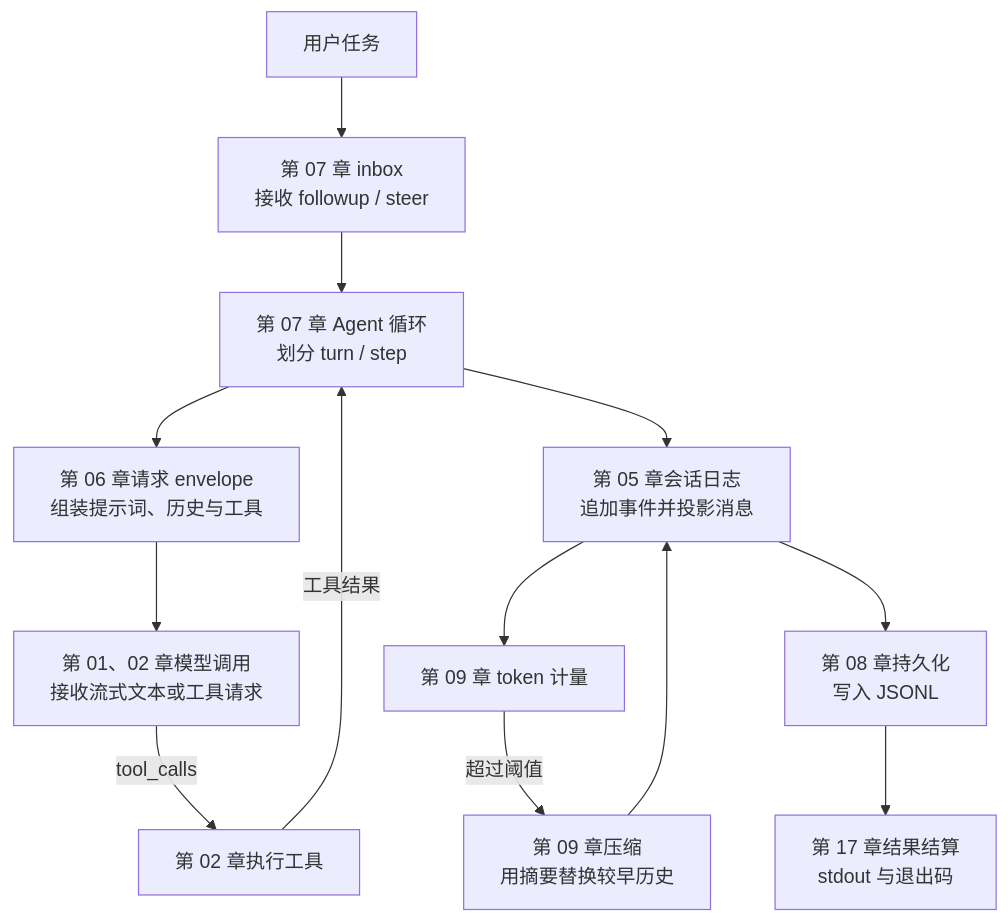
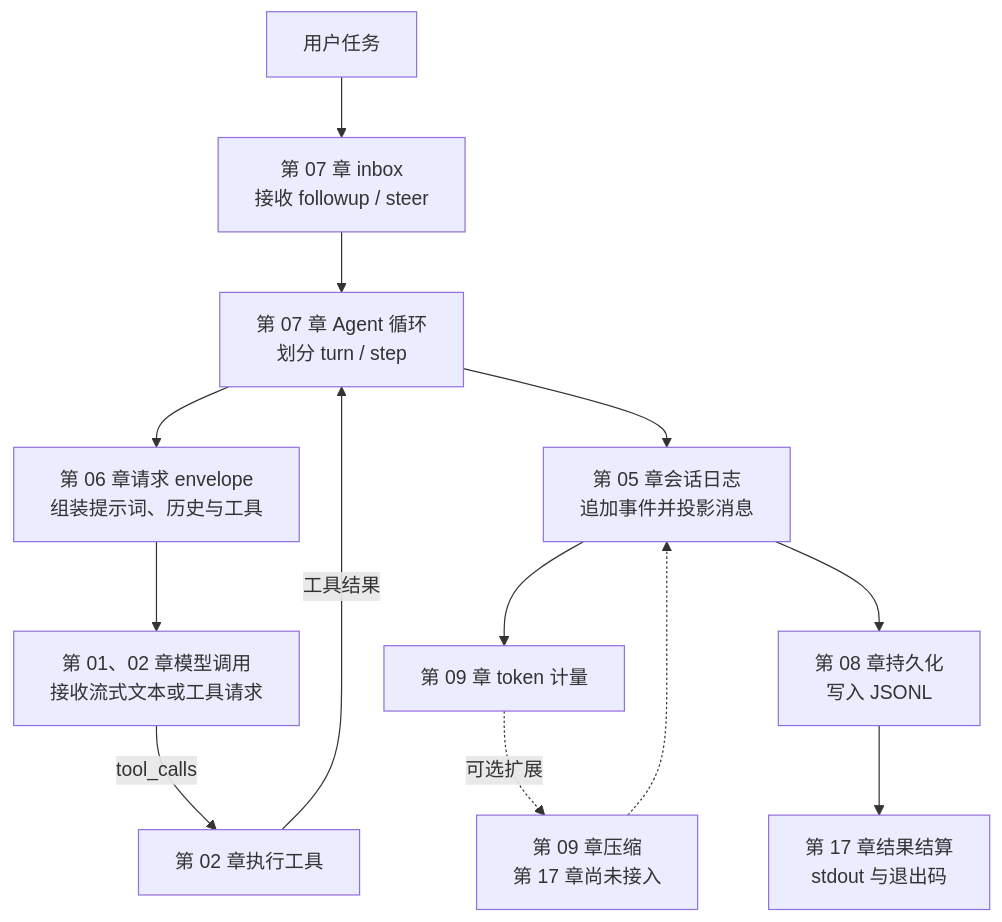
The diagram in README.md (warmsum/mini-harness), drawn with Mermaid before and after one commit. The commit also changed other lines of this file and 74 other files, not shown here.

````diff
--- a/README.md
+++ b/README.md
@@ -135,15 +135,15 @@
 ```mermaid
 flowchart TB
     TASK[用户任务] --> INBOX[第 07 章 inbox<br>接收 followup / steer]
     INBOX --> LOOP[第 07 章 Agent 循环<br>划分 turn / step]
     LOOP --> ENV[第 06 章请求 envelope<br>组装提示词、历史与工具]
     ENV --> CALL[第 01、02 章模型调用<br>接收流式文本或工具请求]
     CALL -->|tool_calls| TOOLS[第 02 章执行工具]
     TOOLS -->|工具结果| LOOP
     LOOP --> LOG[第 05 章会话日志<br>追加事件并投影消息]
     LOG --> METER[第 09 章 token 计量]
-    METER -->|超过阈值| COMPACT[第 09 章压缩<br>用摘要替换较早历史]
-    COMPACT --> LOG
+    METER -.->|可选扩展| COMPACT[第 09 章压缩<br>第 17 章尚未接入]
+    COMPACT -.-> LOG
     LOG --> PERSIST[第 08 章持久化<br>写入 JSONL]
     PERSIST --> OUT[第 17 章结果结算<br>stdout 与退出码]
 ```
````
